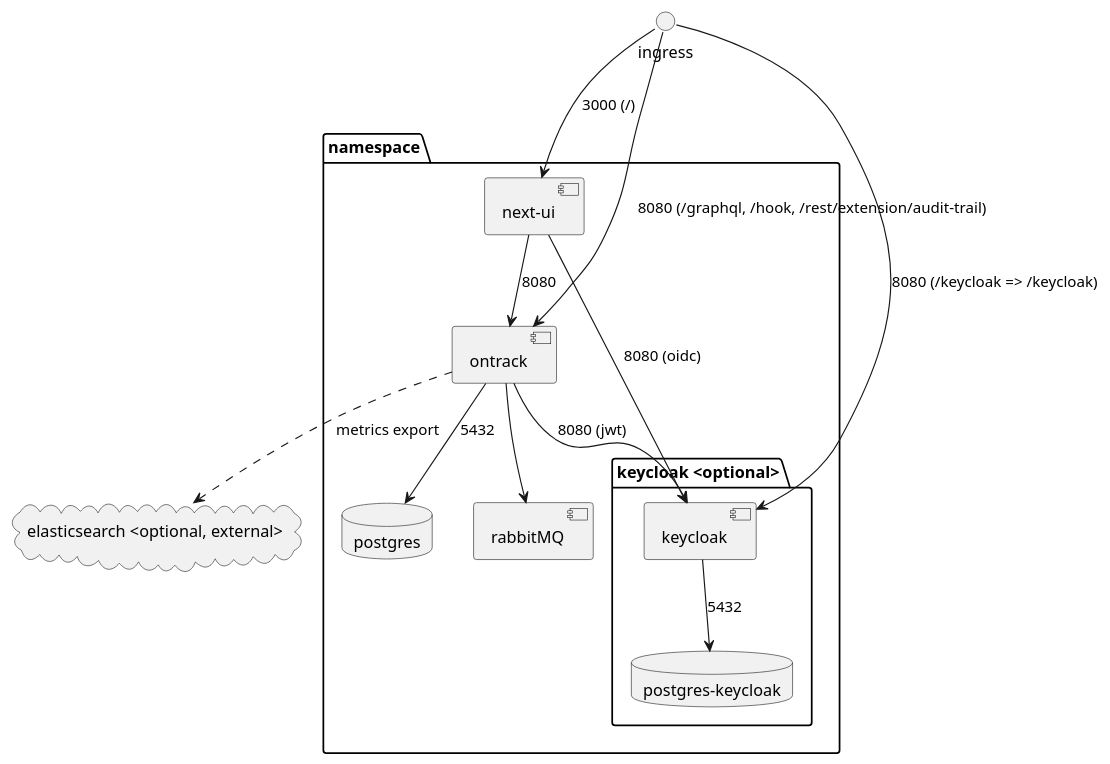
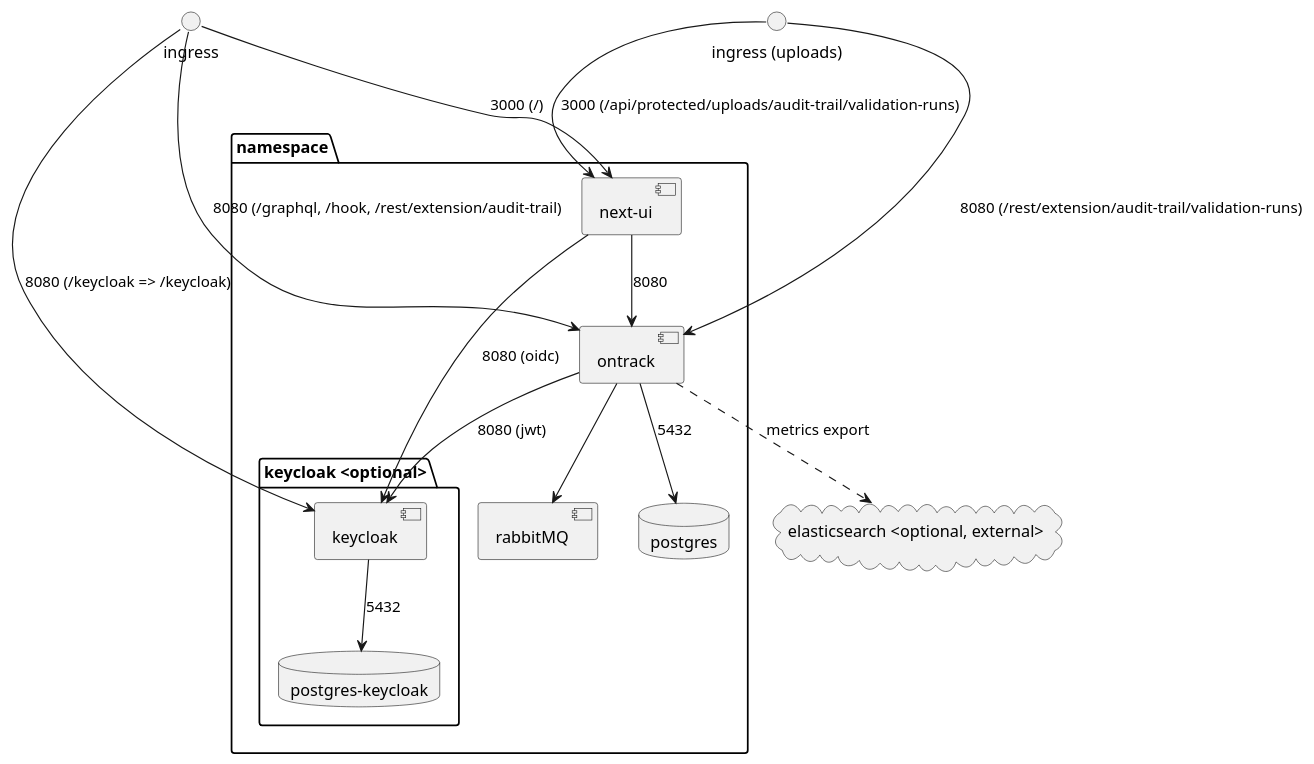
The diagram in docs/components.puml (yontrack/yontrack-chart), drawn with PlantUML before and after one commit. The commit also changed 6 other files, not shown here.

First line of the commit message:
feat: dedicated Ingress for evidence uploads, body size following maxSize (#123)

```diff
--- a/docs/components.puml
+++ b/docs/components.puml
@@ -1,33 +1,38 @@
 @startuml
 
 package namespace {
     database postgres
     component ontrack
     component "next-ui" as nextUI
     component rabbitMQ
 
     package "keycloak <optional>" as keycloak-package {
         database "postgres-keycloak"
         component keycloak
     }
 }
 
 nextUI --> ontrack: 8080
 ontrack --> postgres: 5432
 ontrack --> rabbitMQ
 
 keycloak --> "postgres-keycloak": 5432
 
 ontrack --> keycloak: 8080 (jwt)
 nextUI --> keycloak: 8080 (oidc)
 
 interface ingress
 
 ingress --> nextUI: 3000 (/)
 ingress --> keycloak: 8080 (/keycloak => /keycloak)
 ingress --> ontrack: 8080 (/graphql, /hook, /rest/extension/audit-trail)
 
+interface "ingress (uploads)" as uploadsIngress
+
+uploadsIngress --> nextUI: 3000 (/api/protected/uploads/audit-trail/validation-runs)
+uploadsIngress --> ontrack: 8080 (/rest/extension/audit-trail/validation-runs)
+
 cloud "elasticsearch <optional, external>" as elasticSearch
 ontrack ..> elasticSearch: metrics export
 
 @enduml
```
